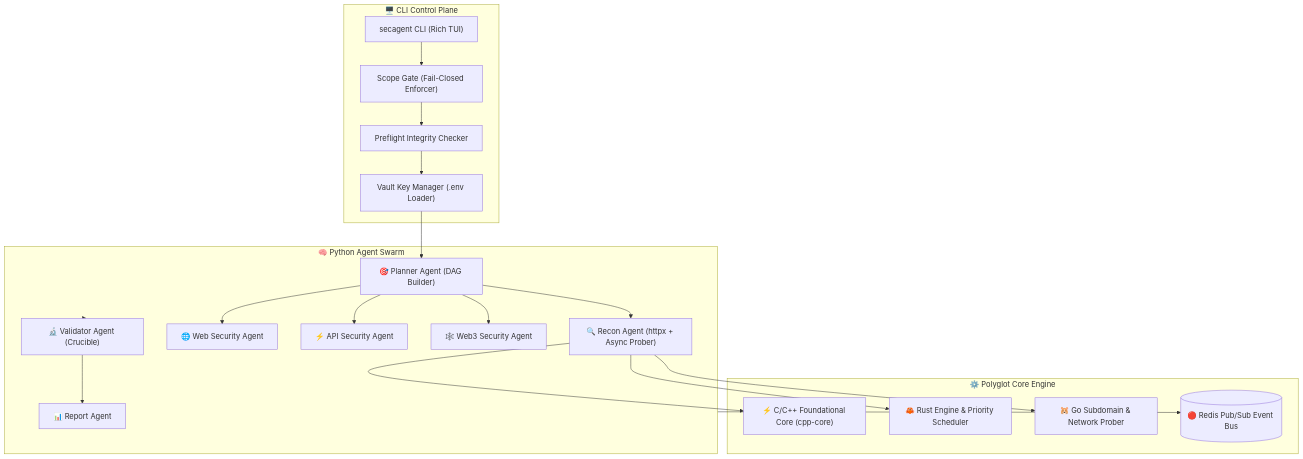
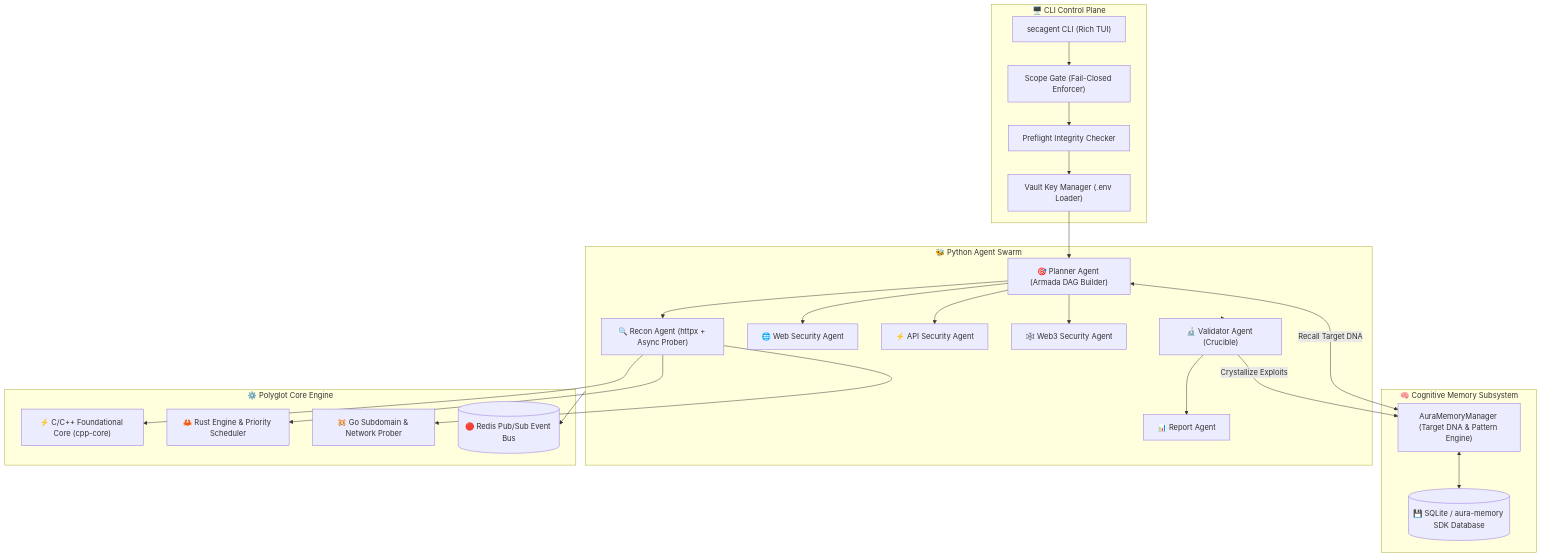
Before and after one commit to gl1tch0x1/cog-ai: the first of 5 diagrams in README.md, drawn with Mermaid. The commit also changed other lines of this file, not shown here.

Commit message:
docs(readme): update Mermaid system topology and scan lifecycle sequence diagrams to reflect Aura Cognitive Memory

````diff
--- a/README.md
+++ b/README.md
@@ -116,41 +118,49 @@
 ```mermaid
 graph TB
     subgraph CLI_LAYER["🖥️ CLI Control Plane"]
         CLI["secagent CLI (Rich TUI)"]
         SCOPE["Scope Gate (Fail-Closed Enforcer)"]
         VAULT["Vault Key Manager (.env Loader)"]
         PREFLIGHT["Preflight Integrity Checker"]
     end
 
-    subgraph SWARM_LAYER["🧠 Python Agent Swarm"]
-        PLANNER["🎯 Planner Agent (DAG Builder)"]
+    subgraph MEMORY_LAYER["🧠 Cognitive Memory Subsystem"]
+        AURA["AuraMemoryManager (Target DNA & Pattern Engine)"]
+        DB[("💾 SQLite / aura-memory SDK Database")]
+    end
+
+    subgraph SWARM_LAYER["🐝 Python Agent Swarm"]
+        PLANNER["🎯 Planner Agent (Armada DAG Builder)"]
         RECON["🔍 Recon Agent (httpx + Async Prober)"]
         WEB["🌐 Web Security Agent"]
         API["⚡ API Security Agent"]
         WEB3["🕸️ Web3 Security Agent"]
         VALIDATOR["🔬 Validator Agent (Crucible)"]
         REPORTER["📊 Report Agent"]
     end
 
     subgraph ENGINE_LAYER["⚙️ Polyglot Core Engine"]
         CPP["⚡ C/C++ Foundational Core (cpp-core)"]
         RUST["🦀 Rust Engine & Priority Scheduler"]
         GO["🐹 Go Subdomain & Network Prober"]
         REDIS[("🔴 Redis Pub/Sub Event Bus")]
     end
 
     CLI --> SCOPE
     SCOPE --> PREFLIGHT
     PREFLIGHT --> VAULT
     VAULT --> PLANNER
+    AURA <--> DB
+    PLANNER <-->|Recall Target DNA| AURA
     PLANNER --> RECON
     PLANNER --> WEB
     PLANNER --> API
     PLANNER --> WEB3
     RECON --> GO
     RECON --> RUST
     RECON --> CPP
     SWARM_LAYER --> REDIS
     SWARM_LAYER --> VALIDATOR
+    VALIDATOR -->|Crystallize Exploits| AURA
     VALIDATOR --> REPORTER
 ```
````
